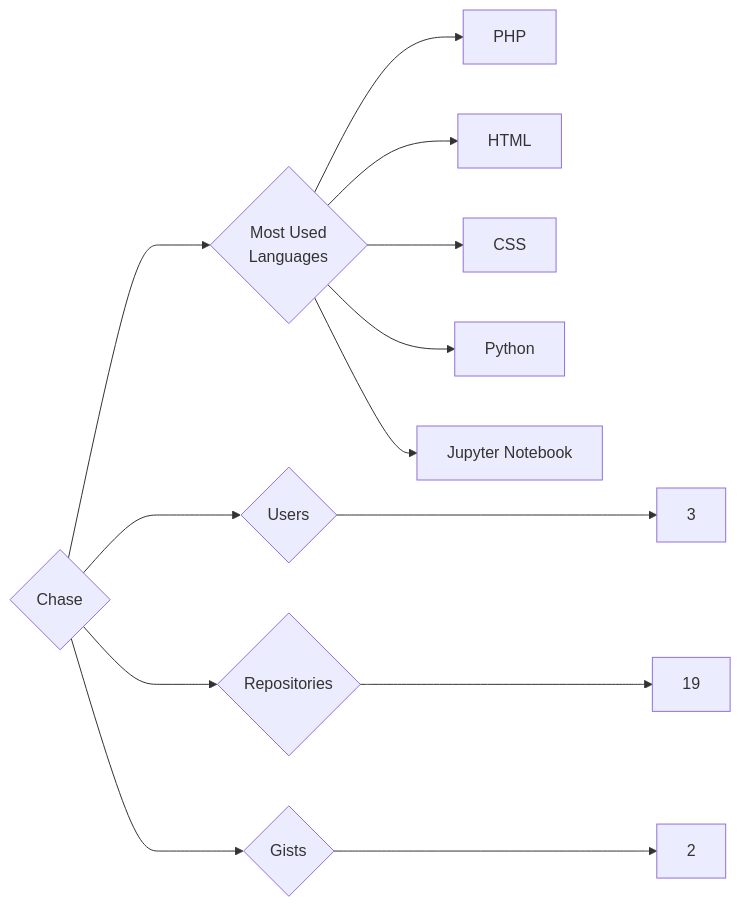
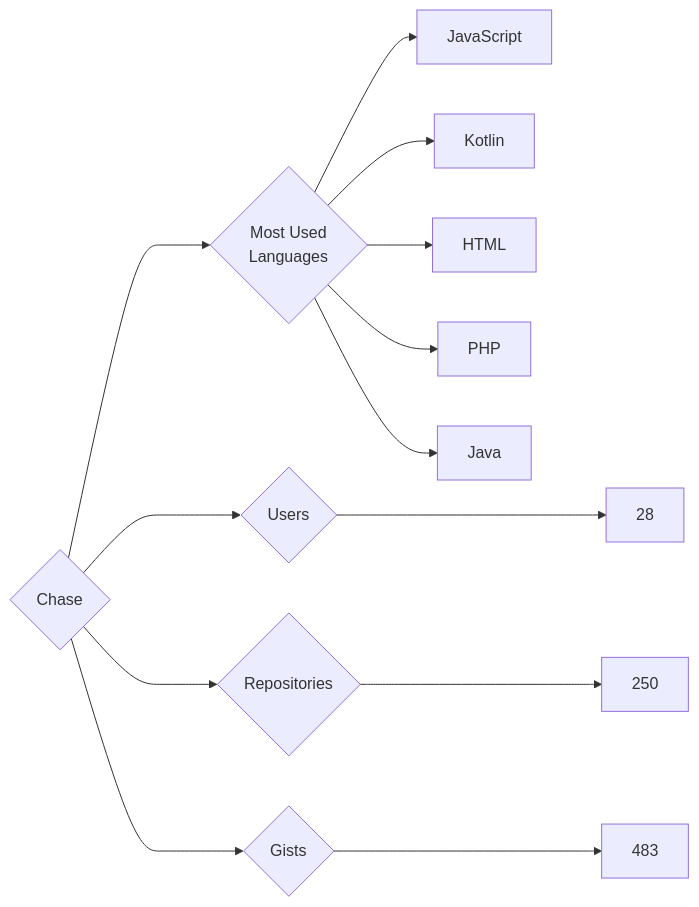
The diagram in targets/Chase/README.md (trickest/insiders), drawn with Mermaid before and after one commit. The commit also changed 823 other files, not shown here.

````diff
--- a/targets/Chase/README.md
+++ b/targets/Chase/README.md
@@ -3,13 +3,13 @@
 ```mermaid
 graph LR
 COMPANY_NAME{Chase}
-COMPANY_NAME ---> U{Users} ---> UN[3]
-COMPANY_NAME ---> R{Repositories} ---> RN[19]
-COMPANY_NAME ---> G{Gists} ---> GN[2]
+COMPANY_NAME ---> U{Users} ---> UN[28]
+COMPANY_NAME ---> R{Repositories} ---> RN[250]
+COMPANY_NAME ---> G{Gists} ---> GN[483]
 COMPANY_NAME ---> ML{Most Used<br>Languages}
+ML --> JavaScript[JavaScript]
+ML --> Kotlin[Kotlin]
+ML --> HTML[HTML]
 ML --> PHP[PHP]
-ML --> HTML[HTML]
-ML --> CSS[CSS]
-ML --> Python[Python]
-ML --> Jupyter_Notebook[Jupyter Notebook]
+ML --> Java[Java]
 ```
````
